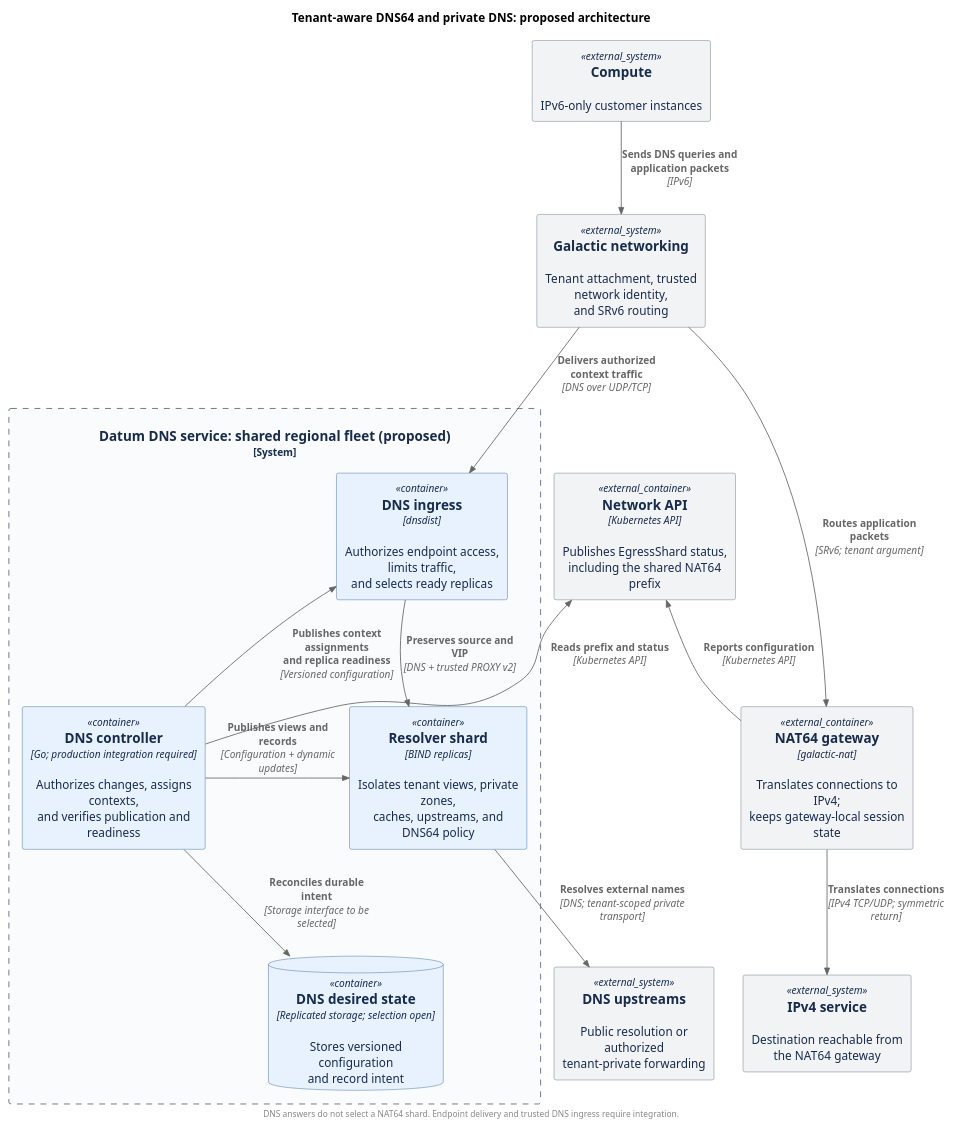
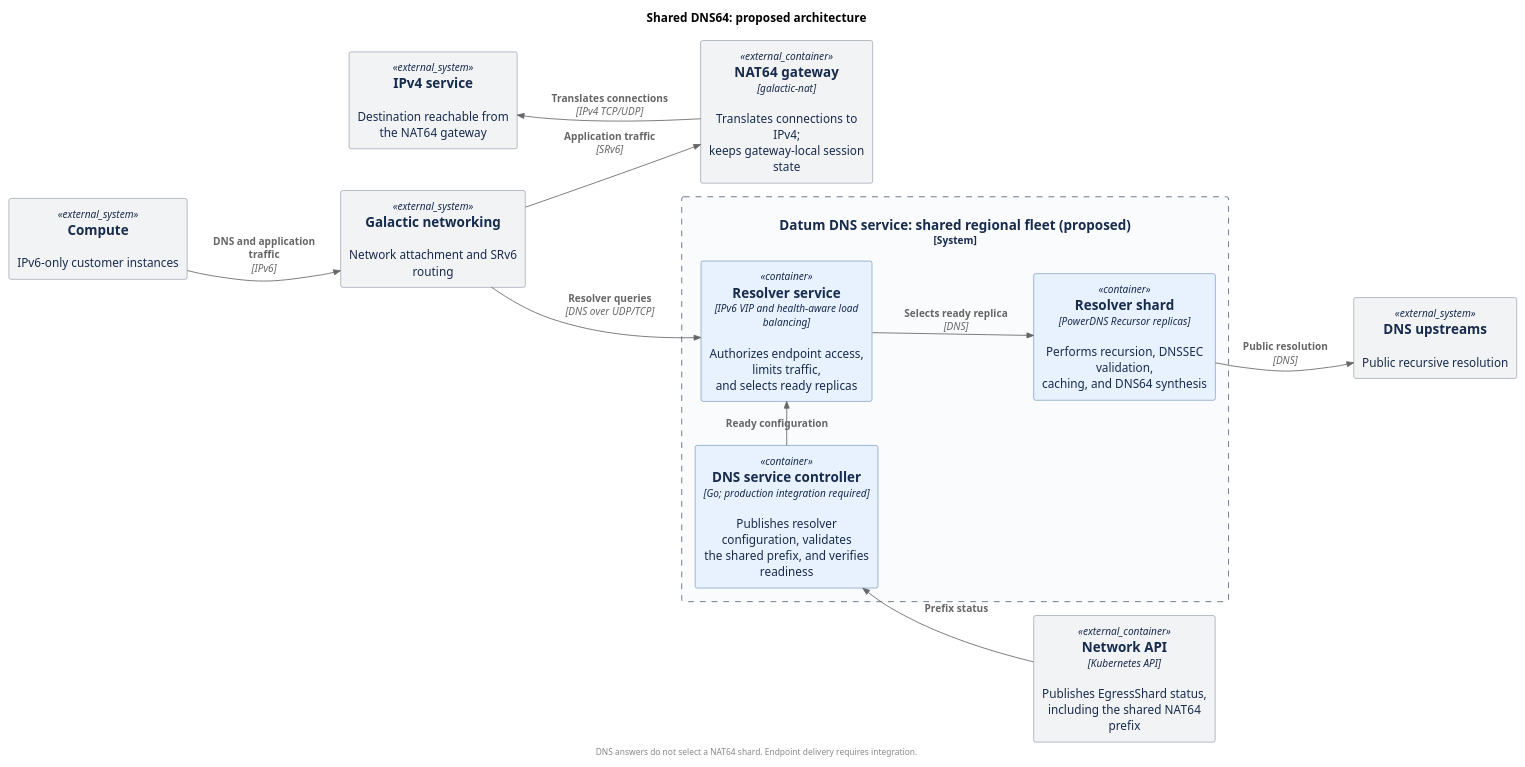
Before and after one commit to datum-cloud/galactic: the diagram in docs/enhancements/dns64/containers.puml, drawn with PlantUML. The commit also changed 4 other files, not shown here.

Commit message:
docs(dns64): define PowerDNS short-term proposal

```diff
--- a/docs/enhancements/dns64/containers.puml
+++ b/docs/enhancements/dns64/containers.puml
@@ -1,47 +1,47 @@
 @startuml containers
 !include <C4/C4_Container>
 
-LAYOUT_TOP_DOWN()
+LAYOUT_LANDSCAPE()
 skinparam defaultFontName SansSerif
 skinparam shadowing false
 skinparam backgroundColor white
 UpdateElementStyle("container", $bgColor="#E8F2FF", $fontColor="#172B4D", $borderColor="#2C5D94")
 UpdateElementStyle("external_system", $bgColor="#F2F3F5", $fontColor="#172B4D", $borderColor="#596579")
 UpdateElementStyle("external_container", $bgColor="#F2F3F5", $fontColor="#172B4D", $borderColor="#596579")
 UpdateBoundaryStyle("system", $bgColor="#FAFBFC", $fontColor="#172B4D", $borderColor="#596579")
 
-title Tenant-aware DNS64 and private DNS: proposed architecture
+title Shared DNS64: proposed architecture
 
 System_Ext(compute, "Compute", "IPv6-only customer instances")
-System_Ext(galactic, "Galactic networking", "Tenant attachment, trusted network identity,\nand SRv6 routing")
+System_Ext(galactic, "Galactic networking", "Network attachment and SRv6 routing")
 
 System_Boundary(dns, "Datum DNS service: shared regional fleet (proposed)") {
-    Container(ingress, "DNS ingress", "dnsdist", "Authorizes endpoint access, limits traffic,\nand selects ready replicas")
-    Container(resolver, "Resolver shard", "BIND replicas", "Isolates tenant views, private zones,\ncaches, upstreams, and DNS64 policy")
-    Container(controller, "DNS controller", "Go; production integration required", "Authorizes changes, assigns contexts,\nand verifies publication and readiness")
-    ContainerDb(state, "DNS desired state", "Replicated storage; selection open", "Stores versioned configuration\nand record intent")
+    Container(ingress, "Resolver service", "IPv6 VIP and health-aware load balancing", "Authorizes endpoint access, limits traffic,\nand selects ready replicas")
+    Container(resolver, "Resolver shard", "PowerDNS Recursor replicas", "Performs recursion, DNSSEC validation,\ncaching, and DNS64 synthesis")
+    Container(controller, "DNS service controller", "Go; production integration required", "Publishes resolver configuration, validates\nthe shared prefix, and verifies readiness")
 }
 
 Container_Ext(networkapi, "Network API", "Kubernetes API", "Publishes EgressShard status,\nincluding the shared NAT64 prefix")
 Container_Ext(nat, "NAT64 gateway", "galactic-nat", "Translates connections to IPv4;\nkeeps gateway-local session state")
-System_Ext(upstream, "DNS upstreams", "Public resolution or authorized\ntenant-private forwarding")
+System_Ext(upstream, "DNS upstreams", "Public recursive resolution")
 System_Ext(destination, "IPv4 service", "Destination reachable from\nthe NAT64 gateway")
 
-Rel_D(compute, galactic, "Sends DNS queries and\napplication packets", "IPv6")
-Rel_D(galactic, ingress, "Delivers authorized\ncontext traffic", "DNS over UDP/TCP")
-Rel_D(ingress, resolver, "Preserves source and VIP", "DNS + trusted PROXY v2")
-Rel_D(resolver, upstream, "Resolves external names", "DNS; tenant-scoped private transport")
-Rel_R(galactic, nat, "Routes application packets", "SRv6; tenant argument")
-Rel_D(nat, destination, "Translates connections", "IPv4 TCP/UDP; symmetric return")
-Rel_U(controller, ingress, "Publishes context assignments\nand replica readiness", "Versioned configuration")
-Rel_R(controller, resolver, "Publishes views and records", "Configuration + dynamic updates")
-Rel_D(controller, state, "Reconciles durable intent", "Storage interface to be selected")
-Rel_U(controller, networkapi, "Reads prefix and status", "Kubernetes API")
-Rel_U(nat, networkapi, "Reports configuration", "Kubernetes API")
+Rel_R(compute, galactic, "DNS and application traffic", "IPv6")
+Rel_R(galactic, ingress, "Resolver queries", "DNS over UDP/TCP")
+Rel_R(ingress, resolver, "Selects ready replica", "DNS")
+Rel_R(resolver, upstream, "Public resolution", "DNS")
+Rel_D(galactic, nat, "Application traffic", "SRv6")
+Rel_L(nat, destination, "Translates connections", "IPv4 TCP/UDP")
+Rel_D(controller, ingress, "Ready configuration", "")
+Rel_L(networkapi, controller, "Prefix status", "")
 
-Lay_R(networkapi, ingress)
-Lay_R(state, upstream)
-Lay_R(upstream, destination)
+Lay_R(compute, galactic)
+Lay_R(galactic, ingress)
+Lay_R(ingress, resolver)
+Lay_R(resolver, upstream)
+Lay_D(galactic, nat)
+Lay_L(nat, destination)
+Lay_L(networkapi, controller)
 
-footer DNS answers do not select a NAT64 shard. Endpoint delivery and trusted DNS ingress require integration.
+footer DNS answers do not select a NAT64 shard. Endpoint delivery requires integration.
 @enduml
```
